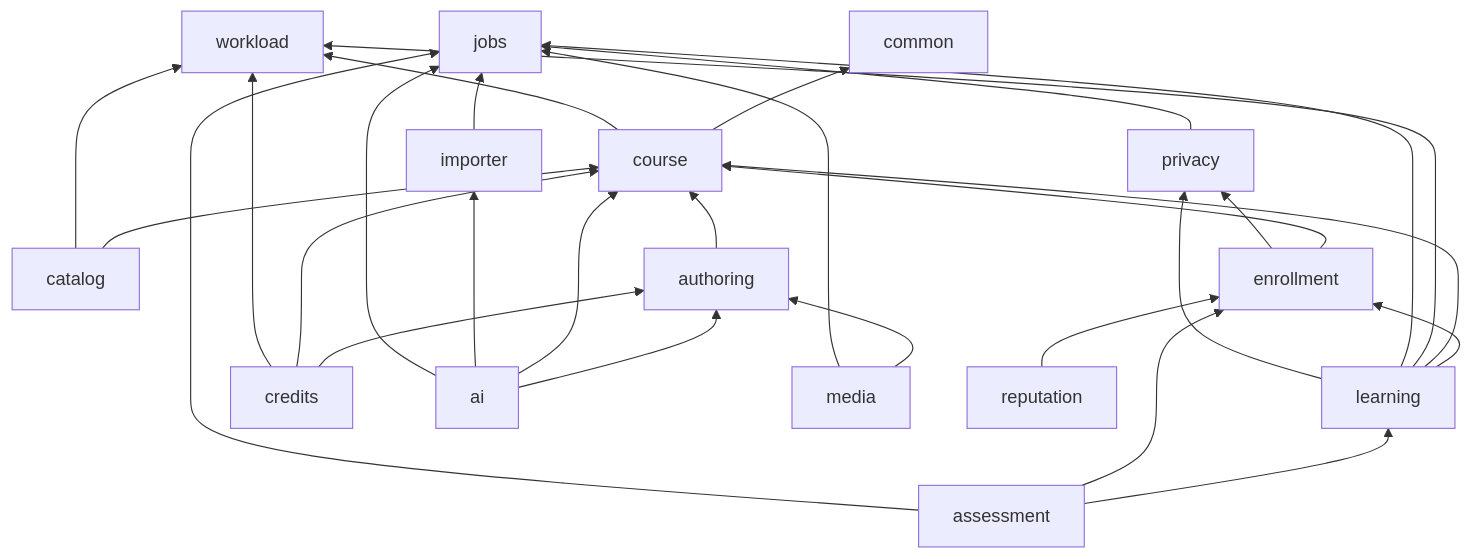
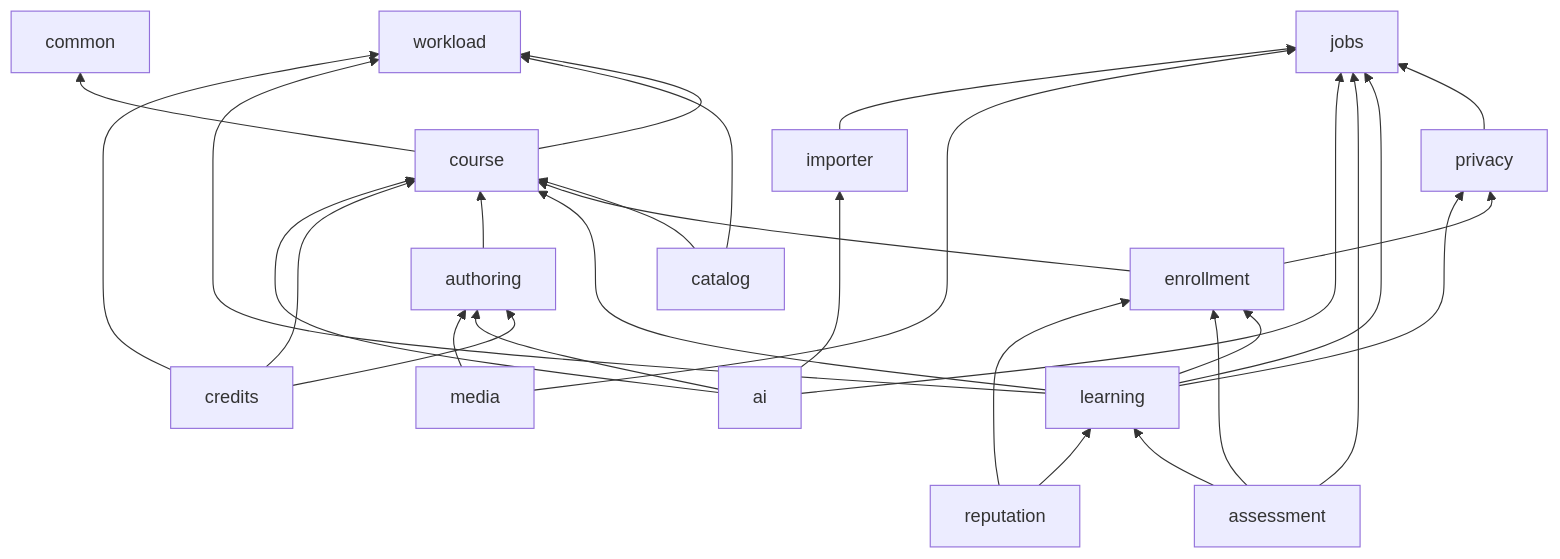
One commit to wasichai/elearning-backend changed the second of 3 diagrams in docs/architecture/overview.md. Above: the diagram before and after it, drawn with Mermaid. The commit also changed 28 other files, not shown here.

````diff
--- a/docs/architecture/overview.md
+++ b/docs/architecture/overview.md
@@ -115,34 +115,35 @@
 ```mermaid
 flowchart BT
     common
     workload
     jobs
     course --> common
     course --> workload
     catalog --> course
     catalog --> workload
     enrollment --> course
     enrollment --> privacy
     privacy --> jobs
     learning --> enrollment
     learning --> course
     learning --> workload
     learning --> jobs
     learning --> privacy
     assessment --> learning
     assessment --> enrollment
     assessment --> jobs
     authoring --> course
     credits --> authoring
     credits --> course
     credits --> workload
     importer
     ai --> authoring
     ai --> course
     ai --> importer
     ai --> jobs
     media --> authoring
     media --> jobs
     reputation --> enrollment
+    reputation --> learning
     importer --> jobs
 ```
````
